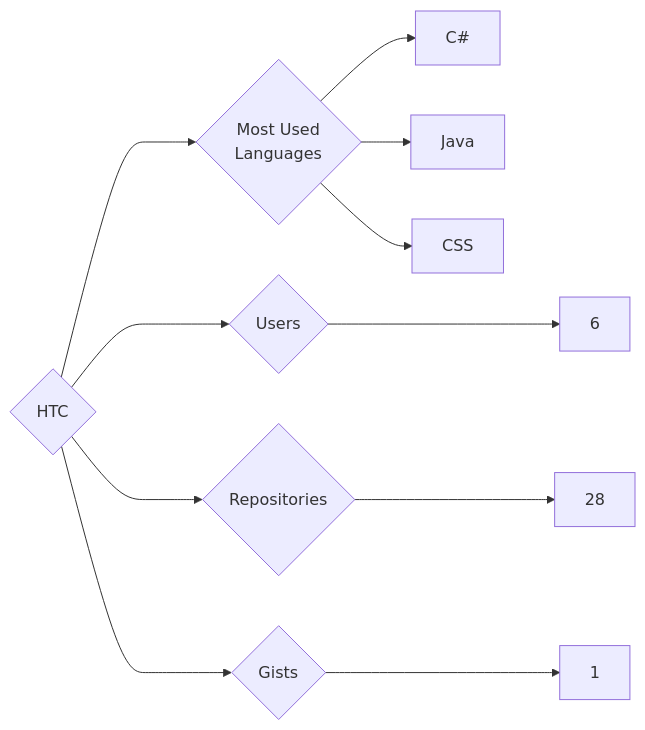
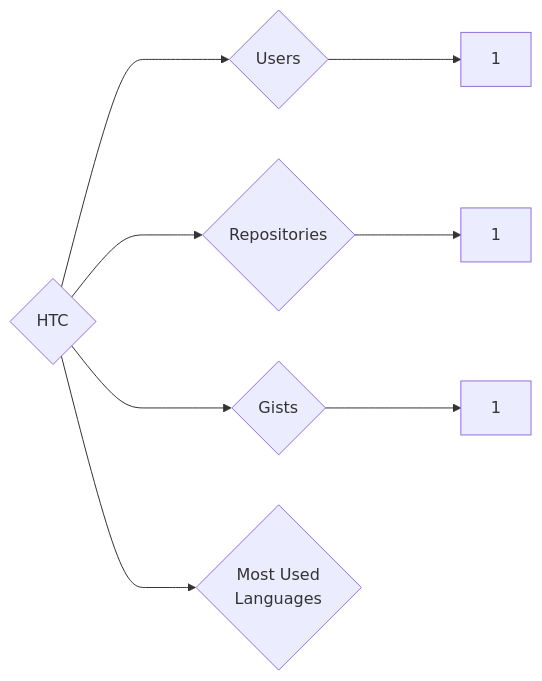
The diagram in targets/HTC/README.md (trickest/insiders), drawn with Mermaid before and after one commit. The commit also changed 840 other files, not shown here.

````diff
--- a/targets/HTC/README.md
+++ b/targets/HTC/README.md
@@ -3,11 +3,8 @@
 ```mermaid
 graph LR
 COMPANY_NAME{HTC}
-COMPANY_NAME ---> U{Users} ---> UN[6]
-COMPANY_NAME ---> R{Repositories} ---> RN[28]
+COMPANY_NAME ---> U{Users} ---> UN[1]
+COMPANY_NAME ---> R{Repositories} ---> RN[1]
 COMPANY_NAME ---> G{Gists} ---> GN[1]
 COMPANY_NAME ---> ML{Most Used<br>Languages}
-ML --> C#[C#]
-ML --> Java[Java]
-ML --> CSS[CSS]
 ```
````
